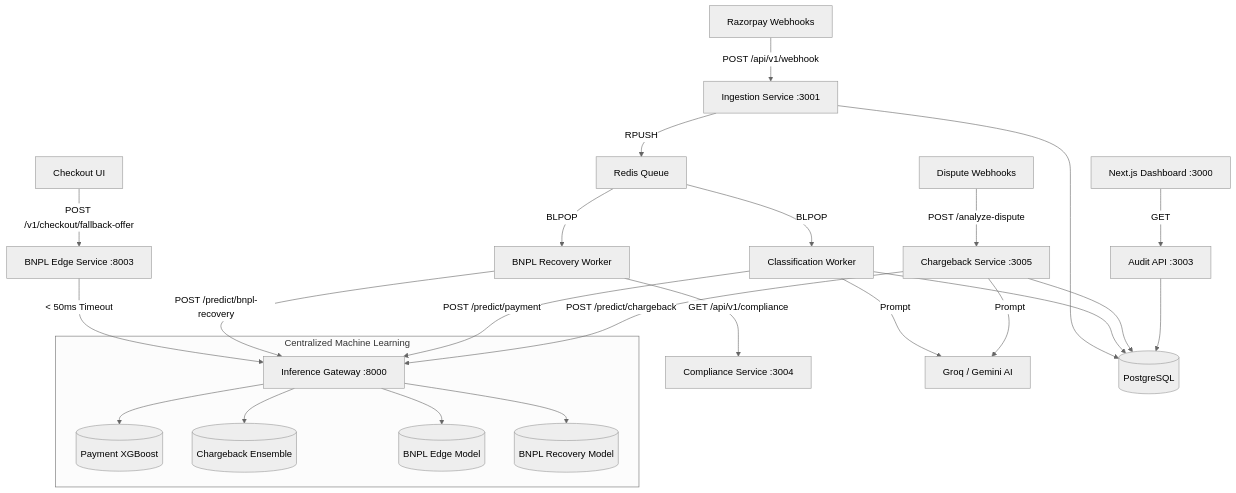
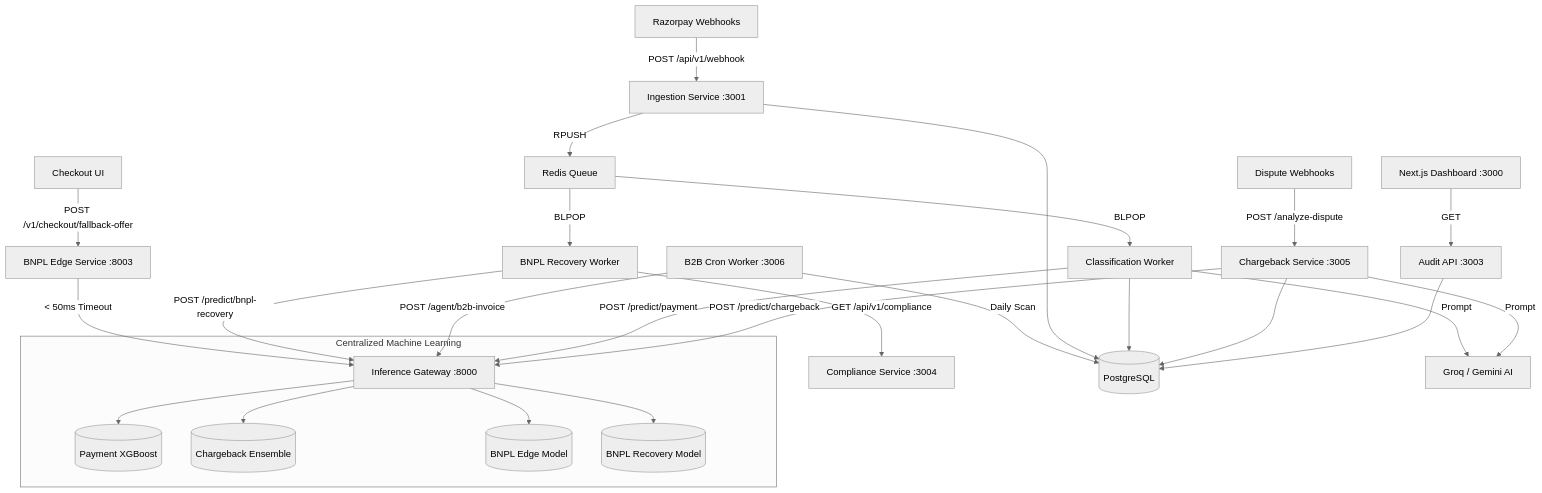
Before and after one commit to Dustu103/Razorpay: the diagram in docs/architecture/hld.md, drawn with Mermaid (neutral theme). The commit also changed other lines of this file and 86 other files, not shown here.

````diff
--- a/docs/architecture/hld.md
+++ b/docs/architecture/hld.md
@@ -24,43 +25,47 @@
 ```mermaid
 graph TD
     %% Ingestion & Classification (Pillar B)
     RZ[Razorpay Webhooks] -->|POST /api/v1/webhook| IS[Ingestion Service :3001]
     IS -->|RPUSH| RQ[Redis Queue]
     RQ -->|BLPOP| CS[Classification Worker]
     
     %% Chargebacks (Pillar A)
     CB[Dispute Webhooks] -->|POST /analyze-dispute| CBS[Chargeback Service :3005]
 
     %% The Centralized ML Brain
     subgraph Centralized Machine Learning
         IG[Inference Gateway :8000]
         IG --> M1[(Payment XGBoost)]
         IG --> M2[(Chargeback Ensemble)]
         IG --> M3[(BNPL Edge Model)]
         IG --> M4[(BNPL Recovery Model)]
     end
     
     %% BNPL Dual Engine Pipeline (Pillar C)
     CH[Checkout UI] -->|POST /v1/checkout/fallback-offer| BE[BNPL Edge Service :8003]
     BE -->|< 50ms Timeout| IG
     RQ -->|BLPOP| BW[BNPL Recovery Worker]
     BW -->|POST /predict/bnpl-recovery| IG
     BW -->|GET /api/v1/compliance| CPL[Compliance Service :3004]
     
+    %% B2B Recovery (Pillar D)
+    B2B[B2B Cron Worker :3006] -->|Daily Scan| PG
+    B2B -->|POST /agent/b2b-invoice| IG
+    
     %% Routing to Inference Gateway
     CS -->|POST /predict/payment| IG
     CBS -->|POST /predict/chargeback| IG
 
     %% LLM Routing
     CS -->|Prompt| LLM[Groq / Gemini AI]
     CBS -->|Prompt| LLM
     
     %% Storage
     IS --> PG[(PostgreSQL)]
     CS --> PG
     CBS --> PG
     
     %% Frontend
     FE[Next.js Dashboard :3000] -->|GET| AS[Audit API :3003]
     AS --> PG
 ```
````
